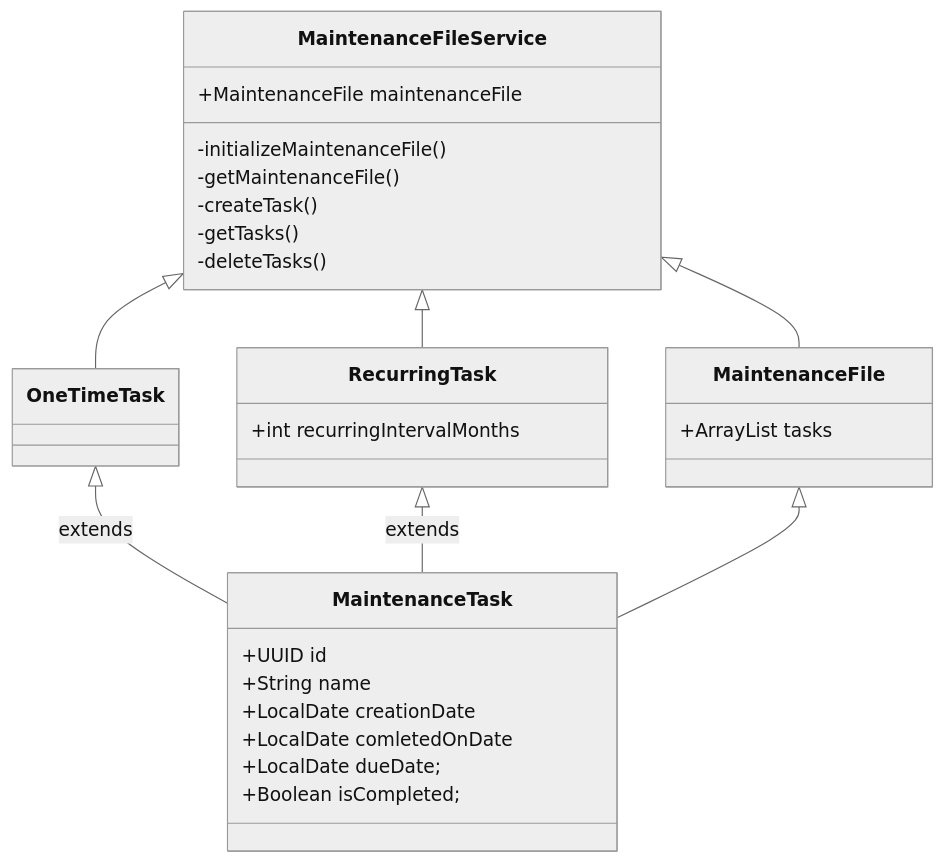
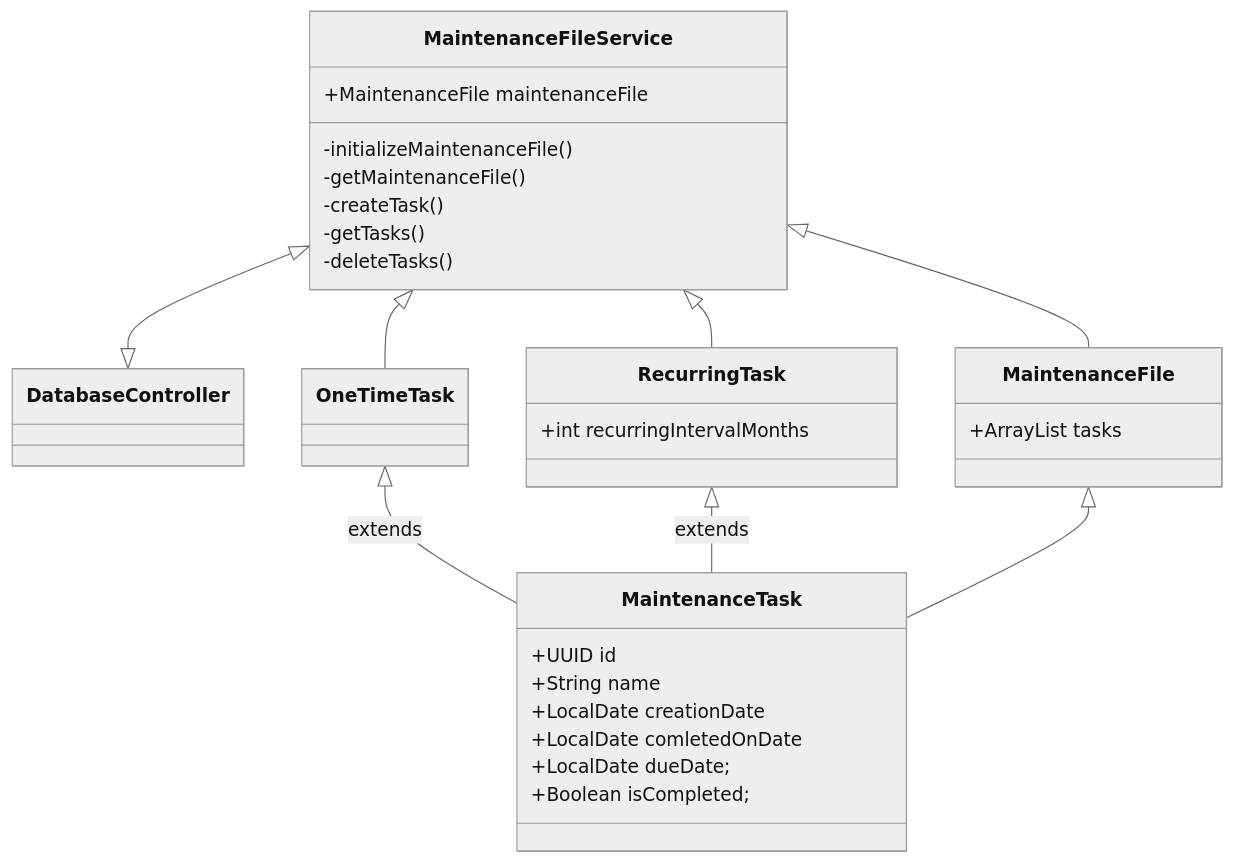
One commit to Zatyri/OhTu changed the third of 4 diagrams in dokumentaatio/arkkitehtuuri.md. Above: the diagram before and after it, drawn with Mermaid (neutral theme). The commit also changed other lines of this file and 18 other files, not shown here.

````diff
--- a/dokumentaatio/arkkitehtuuri.md
+++ b/dokumentaatio/arkkitehtuuri.md
@@ -21,32 +46,33 @@
 ```mermaid
 classDiagram
+	MaintenanceFileService <|--|> DatabaseController
 	MaintenanceFileService <|-- MaintenanceFile
 	MaintenanceFileService <|-- OneTimeTask
 	MaintenanceFileService <|-- RecurringTask
 	OneTimeTask <|-- MaintenanceTask : extends
 	RecurringTask <|-- MaintenanceTask : extends
 	MaintenanceFile <|-- MaintenanceTask
 	class MaintenanceFile{
 		+ArrayList<MaintenanceTask> tasks
 		}
 	class MaintenanceTask{
 		+UUID id
 		+String name
 		+LocalDate creationDate
 		+LocalDate comletedOnDate
 		+LocalDate dueDate;
 		+Boolean isCompleted;
 		}
 	class RecurringTask{
 		+int recurringIntervalMonths
 		}
 	class MaintenanceFileService{
 		+MaintenanceFile maintenanceFile
 		-initializeMaintenanceFile()
 		-getMaintenanceFile()
 		-createTask()
 		-getTasks()
 		-deleteTasks()
 		}
 
 ```
````
